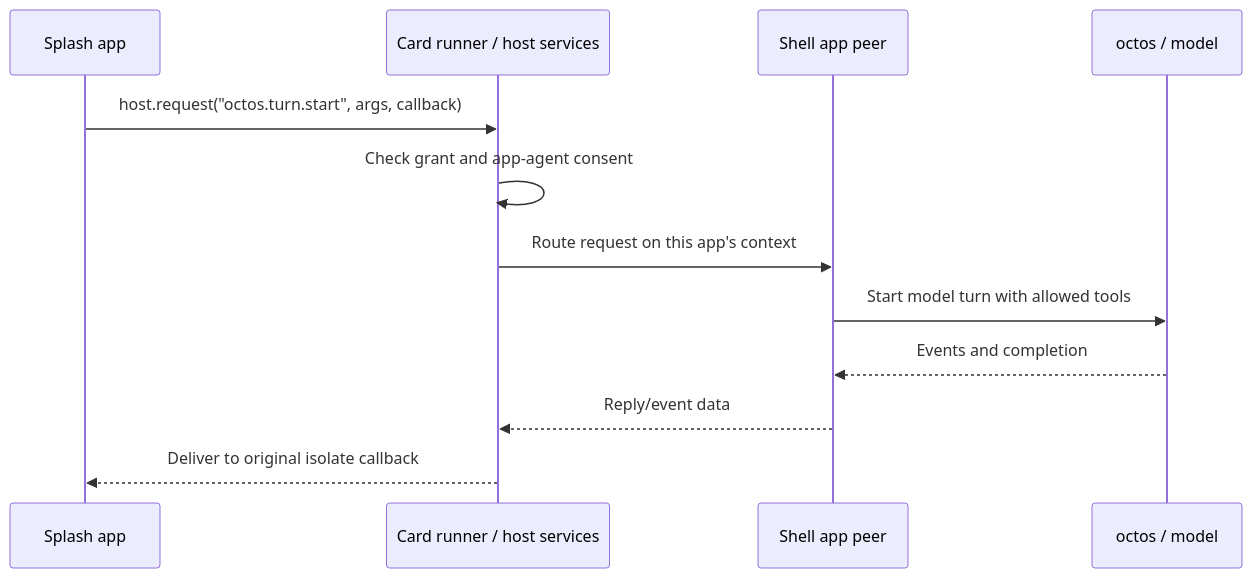
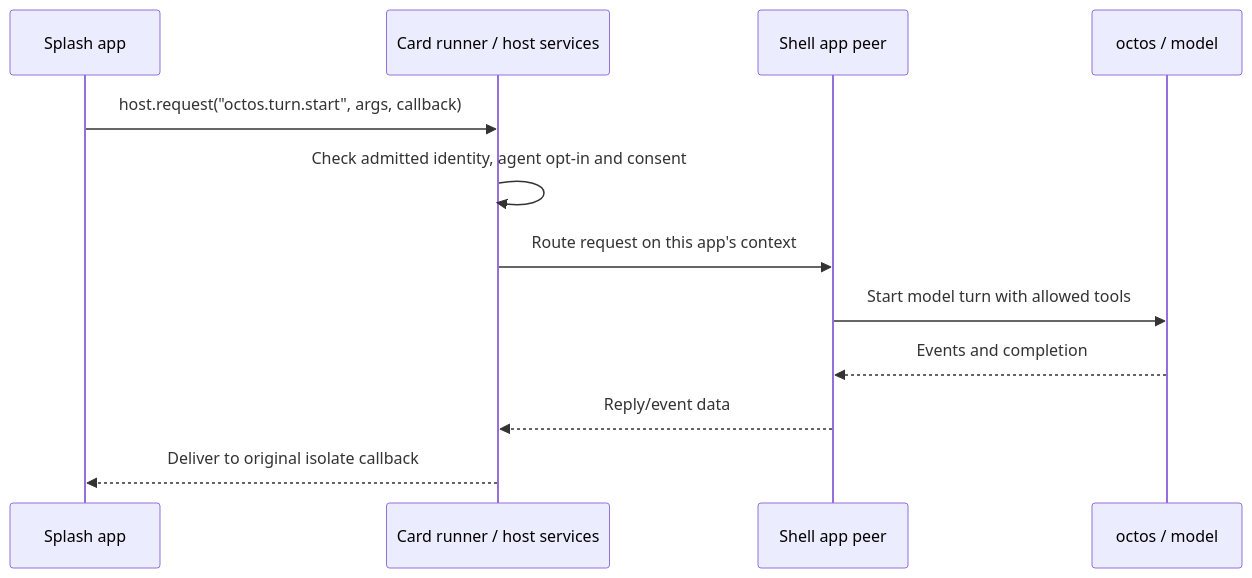
Before and after one commit to OctoSense-org/OctoScript-App-Design-Flow: the diagram in docs/CODE-WALKTHROUGH.md, drawn with Mermaid. The commit also changed other lines of this file and 14 other files, not shown here.

````diff
--- a/docs/CODE-WALKTHROUGH.md
+++ b/docs/CODE-WALKTHROUGH.md
@@ -219,14 +220,14 @@
 ```mermaid
 sequenceDiagram
     participant UI as Splash app
     participant Host as Card runner / host services
     participant Agent as Shell app peer
     participant Kernel as octos / model
     UI->>Host: host.request("octos.turn.start", args, callback)
-    Host->>Host: Check grant and app-agent consent
+    Host->>Host: Check admitted identity, agent opt-in and consent
     Host->>Agent: Route request on this app's context
     Agent->>Kernel: Start model turn with allowed tools
     Kernel-->>Agent: Events and completion
     Agent-->>Host: Reply/event data
     Host-->>UI: Deliver to original isolate callback
 ```
````
